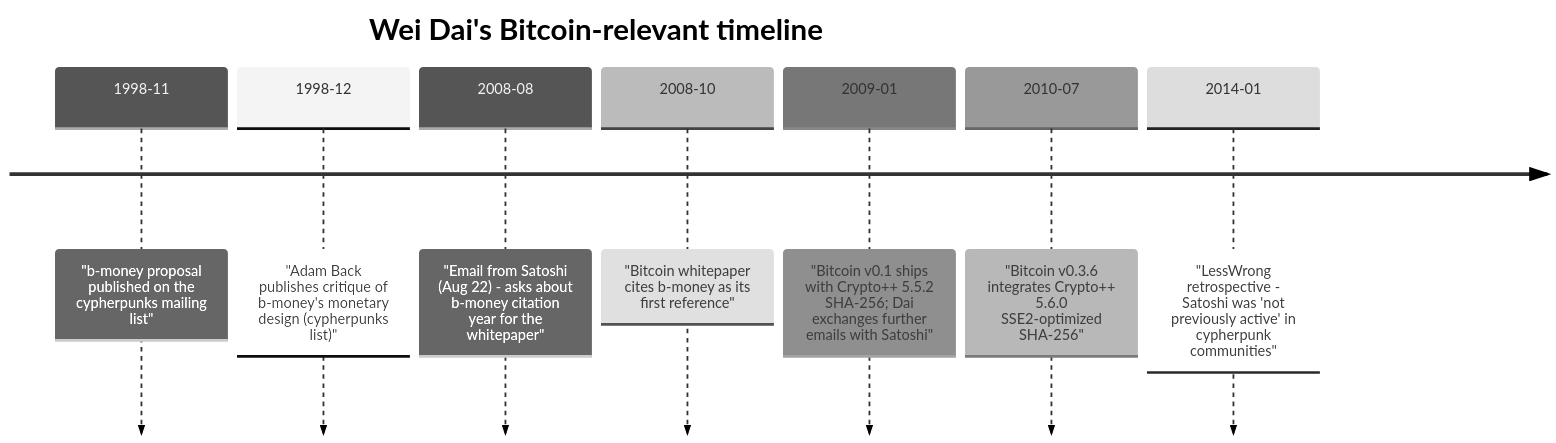
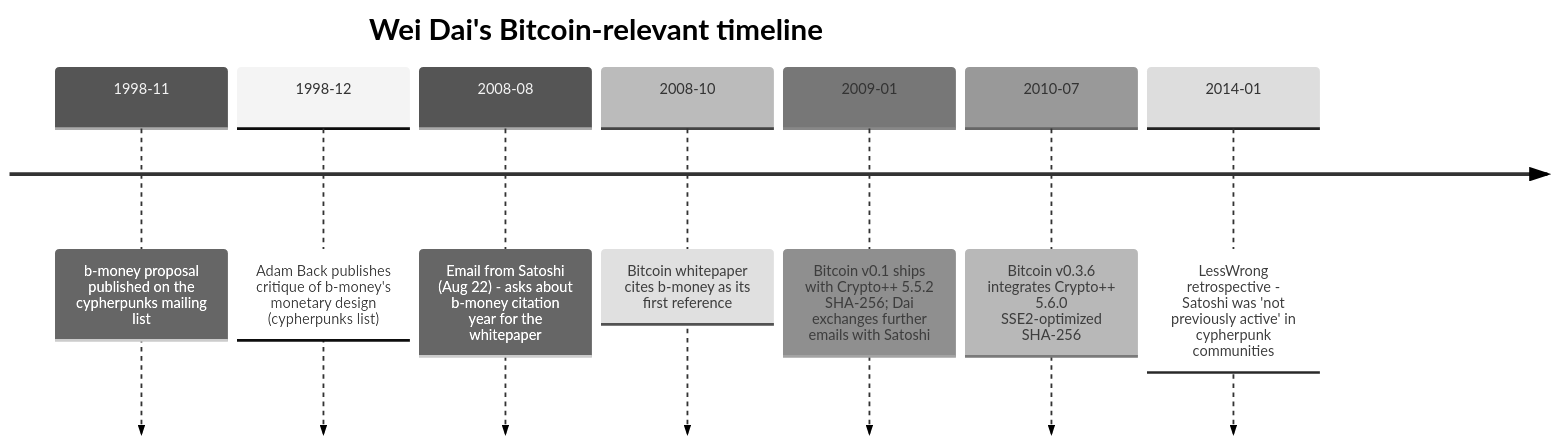
Before and after one commit to cypher256/BitcoinArchive: the diagram in src/data/entries/en/aftermath/2008-08-22-wei-dai-biography.md, drawn with Mermaid (neutral theme). The commit also changed 12 other files, not shown here.

First line of the commit message:
Mermaid timelines: drop literal double-quotes around event text

````diff
--- a/src/data/entries/en/aftermath/2008-08-22-wei-dai-biography.md
+++ b/src/data/entries/en/aftermath/2008-08-22-wei-dai-biography.md
@@ -50,11 +50,11 @@
 ```mermaid
 timeline
     title Wei Dai's Bitcoin-relevant timeline
-    1998-11 : "b-money proposal published on the cypherpunks mailing list"
-    1998-12 : "Adam Back publishes critique of b-money's monetary design (cypherpunks list)"
-    2008-08 : "Email from Satoshi (Aug 22) - asks about b-money citation year for the whitepaper"
-    2008-10 : "Bitcoin whitepaper cites b-money as its first reference"
-    2009-01 : "Bitcoin v0.1 ships with Crypto++ 5.5.2 SHA-256; Dai exchanges further emails with Satoshi"
-    2010-07 : "Bitcoin v0.3.6 integrates Crypto++ 5.6.0 SSE2-optimized SHA-256"
-    2014-01 : "LessWrong retrospective - Satoshi was 'not previously active' in cypherpunk communities"
+    1998-11 : b-money proposal published on the cypherpunks mailing list
+    1998-12 : Adam Back publishes critique of b-money's monetary design (cypherpunks list)
+    2008-08 : Email from Satoshi (Aug 22) - asks about b-money citation year for the whitepaper
+    2008-10 : Bitcoin whitepaper cites b-money as its first reference
+    2009-01 : Bitcoin v0.1 ships with Crypto++ 5.5.2 SHA-256; Dai exchanges further emails with Satoshi
+    2010-07 : Bitcoin v0.3.6 integrates Crypto++ 5.6.0 SSE2-optimized SHA-256
+    2014-01 : LessWrong retrospective - Satoshi was 'not previously active' in cypherpunk communities
 ```
````
